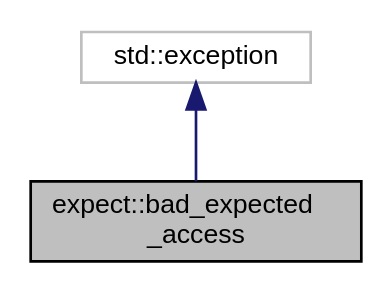
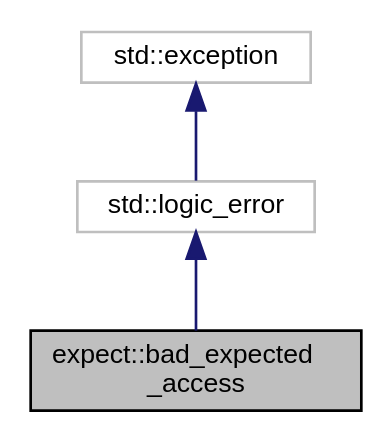
The diagram in api/latest/dd/d69/classexpect_1_1bad__expected__access__coll__graph.dot (bitwizeshift/result), drawn with Graphviz before and after one commit. The commit also changed 48 other files, not shown here.

```diff
--- a/api/latest/dd/d69/classexpect_1_1bad__expected__access__coll__graph.dot
+++ b/api/latest/dd/d69/classexpect_1_1bad__expected__access__coll__graph.dot
@@ -1,8 +1,10 @@
 digraph "expect::bad_expected_access"
 {
   edge [fontname="Helvetica",fontsize="10",labelfontname="Helvetica",labelfontsize="10"];
   node [fontname="Helvetica",fontsize="10",shape=record];
-  Node2 [label="expect::bad_expected\l_access",height=0.2,width=0.4,color="black", fillcolor="grey75", style="filled", fontcolor="black"];
-  Node3 -> Node2 [dir="back",color="midnightblue",fontsize="10",style="solid",fontname="Helvetica"];
-  Node3 [label="std::exception",height=0.2,width=0.4,color="grey75", fillcolor="white", style="filled",tooltip="STL class. "];
+  Node3 [label="expect::bad_expected\l_access",height=0.2,width=0.4,color="black", fillcolor="grey75", style="filled", fontcolor="black"];
+  Node4 -> Node3 [dir="back",color="midnightblue",fontsize="10",style="solid",fontname="Helvetica"];
+  Node4 [label="std::logic_error",height=0.2,width=0.4,color="grey75", fillcolor="white", style="filled",tooltip="STL class. "];
+  Node5 -> Node4 [dir="back",color="midnightblue",fontsize="10",style="solid",fontname="Helvetica"];
+  Node5 [label="std::exception",height=0.2,width=0.4,color="grey75", fillcolor="white", style="filled",tooltip="STL class. "];
 }
```
